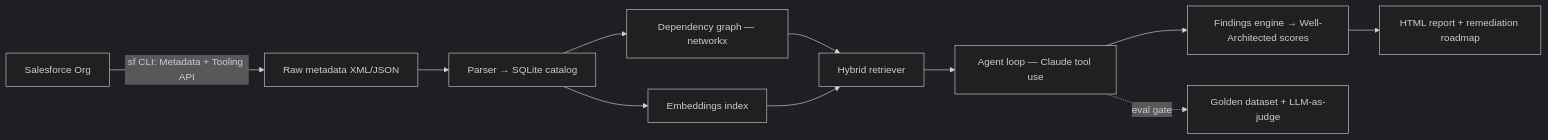
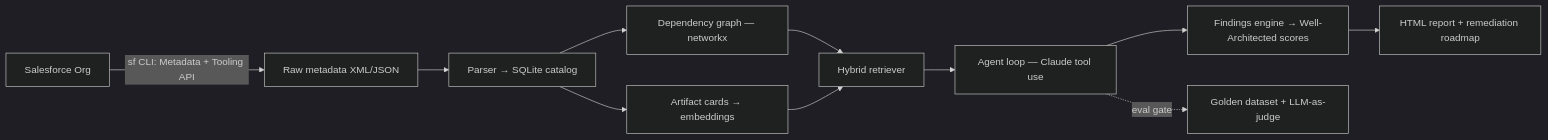
One commit to PakshalShah30/trowel-for-salesforce changed the diagram in README.md. Above: the diagram before and after it, drawn with Mermaid (dark theme). The commit also changed other lines of this file and 12 other files, not shown here.

````diff
--- a/README.md
+++ b/README.md
@@ -137,12 +183,12 @@
 ```mermaid
 flowchart LR
   A[Salesforce Org] -->|sf CLI: Metadata + Tooling API| B[Raw metadata XML/JSON]
   B --> C[Parser → SQLite catalog]
   C --> D[Dependency graph — networkx]
-  C --> E[Embeddings index]
+  C --> E[Artifact cards → embeddings]
   D & E --> F[Hybrid retriever]
   F --> G[Agent loop — Claude tool use]
   G --> H[Findings engine → Well-Architected scores]
   H --> I[HTML report + remediation roadmap]
   G -.->|eval gate| J[Golden dataset + LLM-as-judge]
 ```
````
